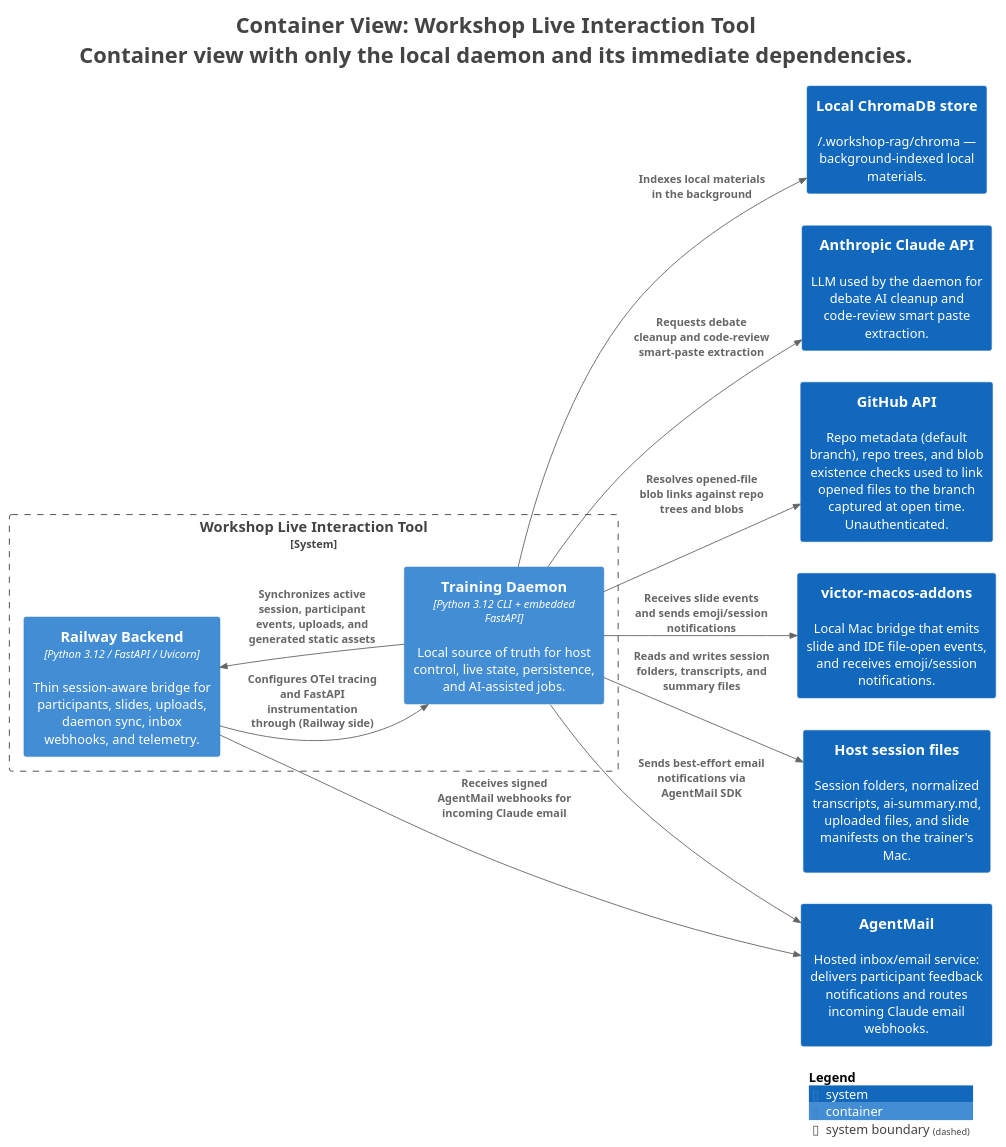
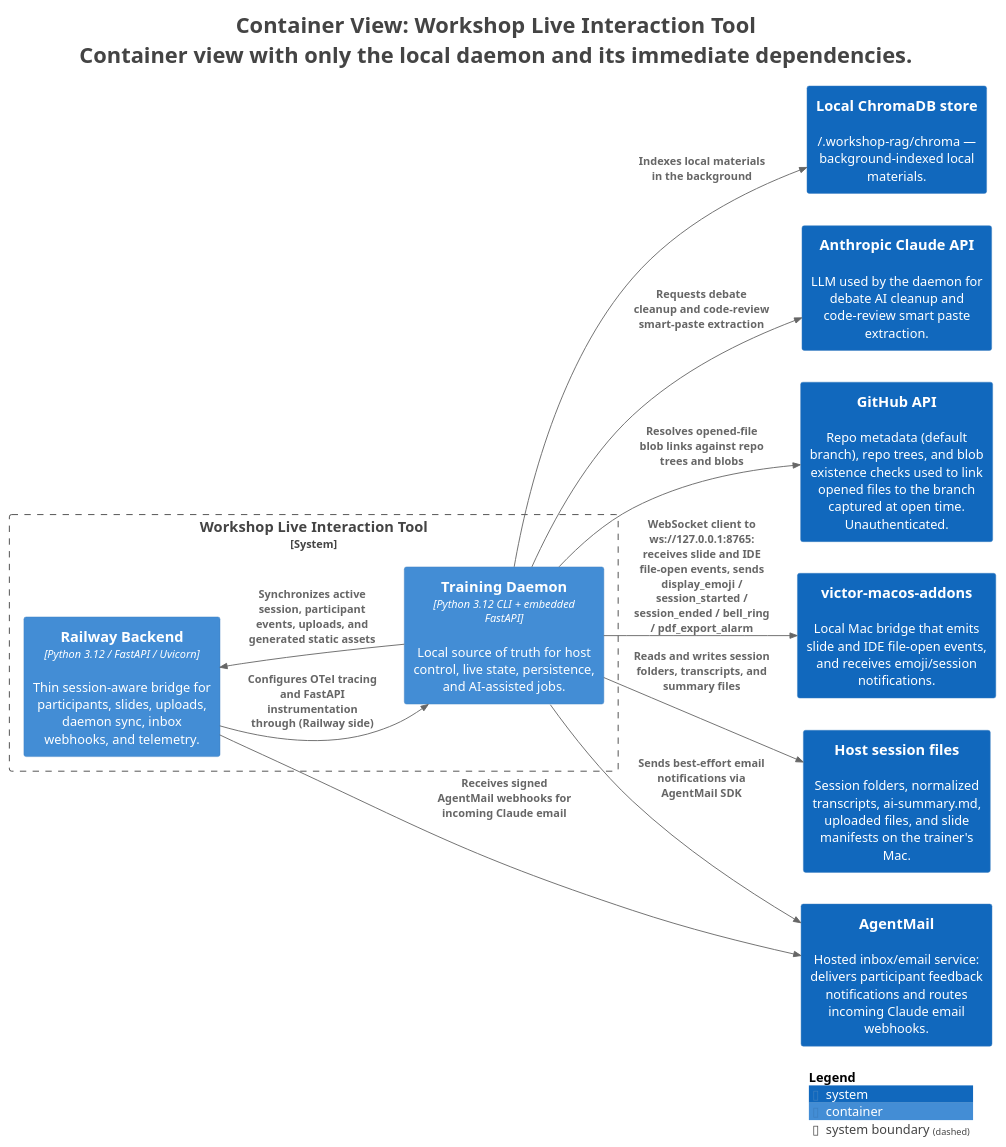
Before and after one commit to victorrentea/training-assistant: the diagram in docs/c4views/C2-Training-Daemon-Only.puml, drawn with PlantUML. The commit also changed 16 other files, not shown here.

```diff
--- a/docs/c4views/C2-Training-Daemon-Only.puml
+++ b/docs/c4views/C2-Training-Daemon-Only.puml
@@ -1,42 +1,42 @@
 @startuml
 title <size:24>Container View: Workshop Live Interaction Tool</size>\n<size:24>Container view with only the local daemon and its immediate dependencies.</size>
 
 set separator none
 left to right direction
 
 <style>
   root {
     BackgroundColor: #ffffff
     FontColor: #444444
   }
 </style>
 
 !include <C4/C4>
 !include <C4/C4_Context>
 !include <C4/C4_Container>
 
 System(AnthropicClaudeAPI, "Anthropic Claude API", $descr="LLM used by the daemon for debate AI cleanup and code-review smart paste extraction.", $tags="", $link="")
 System(GitHubAPI, "GitHub API", $descr="Repo metadata (default branch), repo trees, and blob existence checks used to link opened files to the branch captured at open time. Unauthenticated.", $tags="", $link="")
 System(victormacosaddons, "victor-macos-addons", $descr="Local Mac bridge that emits slide and IDE file-open events, and receives emoji/session notifications.", $tags="", $link="")
 System(AgentMail, "AgentMail", $descr="Hosted inbox/email service: delivers participant feedback notifications and routes incoming Claude email webhooks.", $tags="", $link="")
 System(Hostsessionfiles, "Host session files", $descr="Session folders, normalized transcripts, ai-summary.md, uploaded files, and slide manifests on the trainer's Mac.", $tags="", $link="")
 System(LocalChromaDBstore, "Local ChromaDB store", $descr="~/.workshop-rag/chroma — background-indexed local materials.", $tags="", $link="")
 
 System_Boundary("WorkshopLiveInteractionTool_boundary", "Workshop Live Interaction Tool", $tags="") {
   Container(WorkshopLiveInteractionTool.RailwayBackend, "Railway Backend", $techn="Python 3.12 / FastAPI / Uvicorn", $descr="Thin session-aware bridge for participants, slides, uploads, daemon sync, inbox webhooks, and telemetry.", $tags="", $link="")
   Container(WorkshopLiveInteractionTool.TrainingDaemon, "Training Daemon", $techn="Python 3.12 CLI + embedded FastAPI", $descr="Local source of truth for host control, live state, persistence, and AI-assisted jobs.", $tags="", $link="")
 }
 
 Rel(WorkshopLiveInteractionTool.TrainingDaemon, WorkshopLiveInteractionTool.RailwayBackend, "Synchronizes active session, participant events, uploads, and generated static assets", $techn="", $tags="", $link="")
 Rel(WorkshopLiveInteractionTool.TrainingDaemon, AnthropicClaudeAPI, "Requests debate cleanup and code-review smart-paste extraction", $techn="", $tags="", $link="")
 Rel(WorkshopLiveInteractionTool.TrainingDaemon, GitHubAPI, "Resolves opened-file blob links against repo trees and blobs", $techn="", $tags="", $link="")
-Rel(WorkshopLiveInteractionTool.TrainingDaemon, victormacosaddons, "Receives slide events and sends emoji/session notifications", $techn="", $tags="", $link="")
+Rel(WorkshopLiveInteractionTool.TrainingDaemon, victormacosaddons, "WebSocket client to ws://127.0.0.1:8765: receives slide and IDE file-open events, sends display_emoji / session_started / session_ended / bell_ring / pdf_export_alarm", $techn="", $tags="", $link="")
 Rel(WorkshopLiveInteractionTool.TrainingDaemon, AgentMail, "Sends best-effort email notifications via AgentMail SDK", $techn="", $tags="", $link="")
 Rel(WorkshopLiveInteractionTool.TrainingDaemon, Hostsessionfiles, "Reads and writes session folders, transcripts, and summary files", $techn="", $tags="", $link="")
 Rel(WorkshopLiveInteractionTool.TrainingDaemon, LocalChromaDBstore, "Indexes local materials in the background", $techn="", $tags="", $link="")
 Rel(WorkshopLiveInteractionTool.RailwayBackend, AgentMail, "Receives signed AgentMail webhooks for incoming Claude email", $techn="", $tags="", $link="")
 Rel(WorkshopLiveInteractionTool.RailwayBackend, WorkshopLiveInteractionTool.TrainingDaemon, "Configures OTel tracing and FastAPI instrumentation through (Railway side)", $techn="", $tags="", $link="")
 
 SHOW_LEGEND(true)
 hide stereotypes
 @enduml
```
